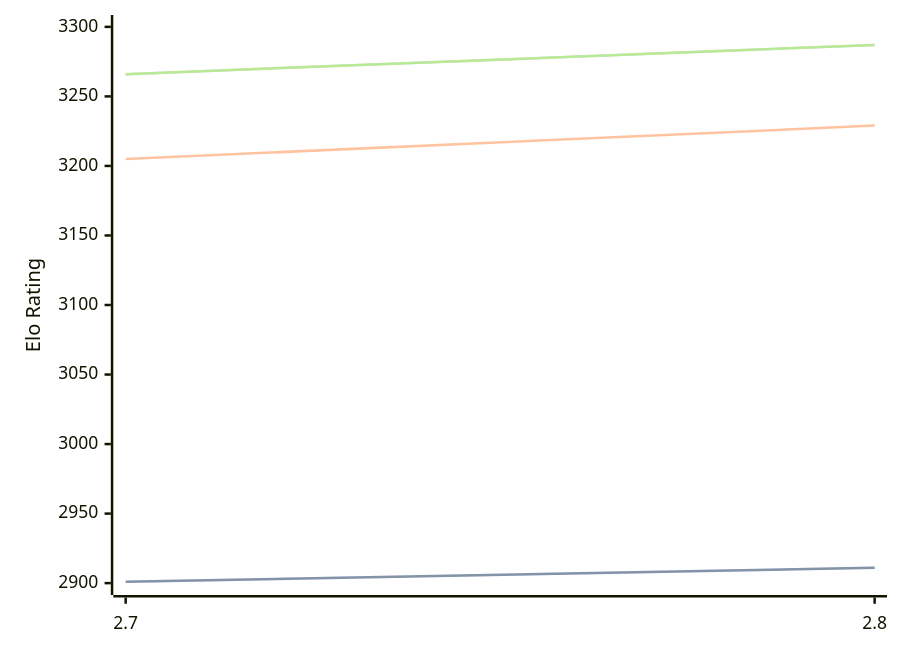
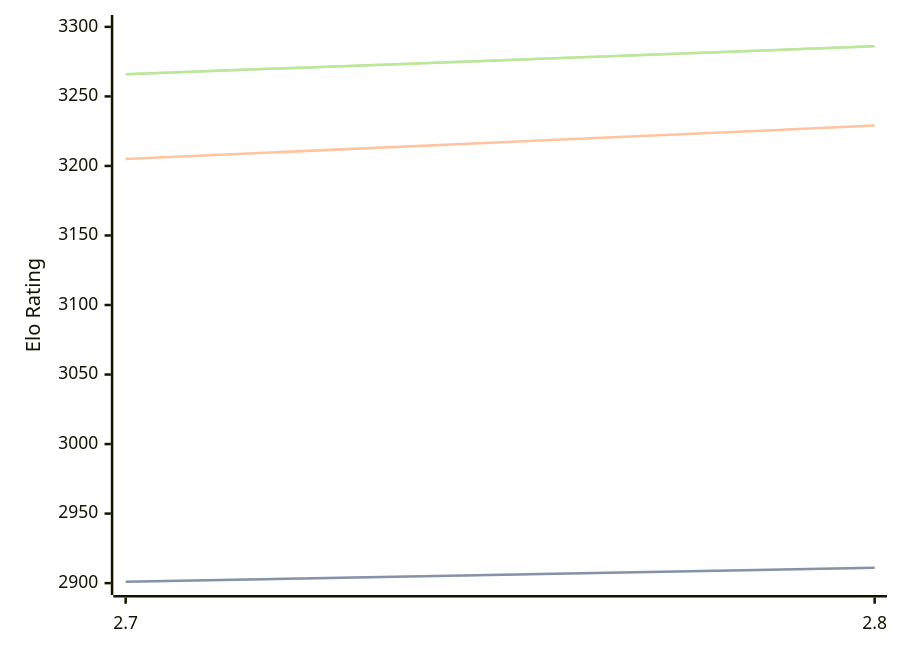
The diagram in engines/Arcanum.md (computer-chess-index/cci), drawn with Mermaid before and after one commit. The commit also changed other lines of this file, not shown here.

Commit message:
Update CCI Ratings (ELO VLTC) - 2026-09-14

````diff
--- a/engines/Arcanum.md
+++ b/engines/Arcanum.md
@@ -32,11 +32,11 @@
 ```mermaid
 %%{init: {"theme":"base","themeVariables":{"seriesColors:['#a3a3a3','#222221','#faa371']}}}%%
 xychart-beta
   x-axis ["2.7", "2.8"]
   y-axis "Elo Rating" 2900 --> 3300
   line "" [2901, 2911]
   line "STC (8.0+0.08s)" [2901, 2911]
   line "LTC (60.0+0.60s)" [3205, 3229]
-  line "" [3266, 3287]
-  line "VLTC (2m24s+1.12s)" [3266, 3287]
+  line "" [3266, 3286]
+  line "VLTC (2m24s+1.12s)" [3266, 3286]
 ```
````
